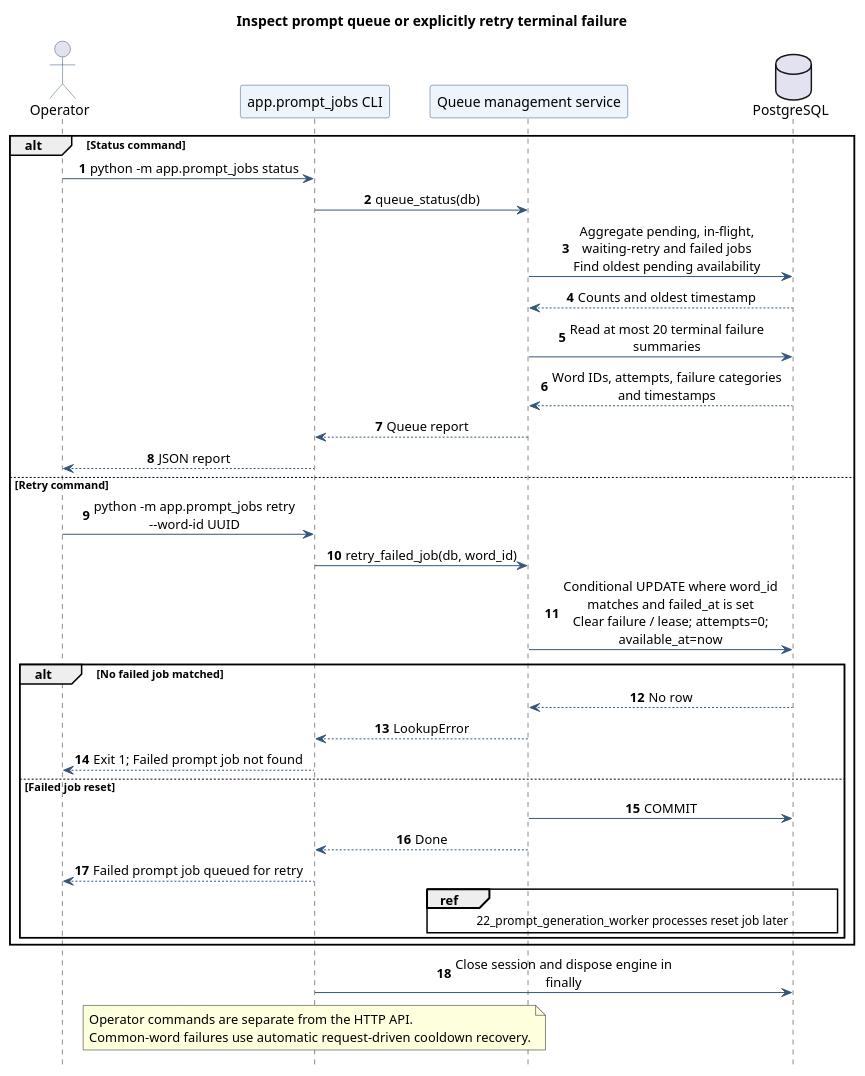
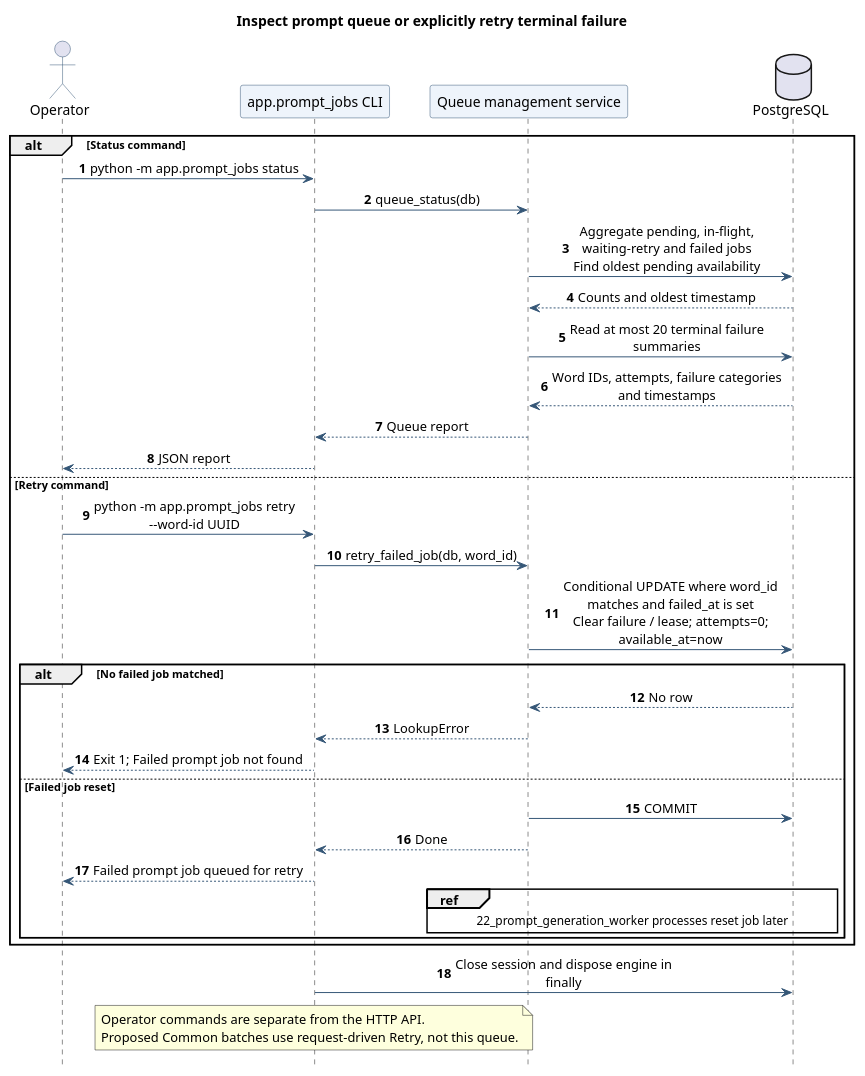
The diagram in docs/diagrams/sequence_diagrams/29_prompt_queue_management.puml (jerrynguyen0210/english-vocab-app), drawn with PlantUML before and after one commit. The commit also changed 93 other files, not shown here.

Commit message:
Add shared common word practice and bank tooling

```diff
--- a/docs/diagrams/sequence_diagrams/29_prompt_queue_management.puml
+++ b/docs/diagrams/sequence_diagrams/29_prompt_queue_management.puml
@@ -1,48 +1,48 @@
 @startuml
 skinparam shadowing false
 skinparam defaultFontName SansSerif
 skinparam sequenceMessageAlign center
 skinparam maxMessageSize 240
 skinparam ParticipantBackgroundColor #EEF4FB
 skinparam ParticipantBorderColor #355777
 skinparam ActorBorderColor #355777
 skinparam ArrowColor #355777
 hide footbox
 autonumber
 title Inspect prompt queue or explicitly retry terminal failure
 
 ' Sources relative to repository root:
 ' backend/app/prompt_jobs.py
 ' backend/app/services/prompt_jobs/management.py
 
 actor Operator
 participant "app.prompt_jobs CLI" as CLI
 participant "Queue management service" as Service
 database PostgreSQL as DB
 alt Status command
   Operator -> CLI : python -m app.prompt_jobs status
   CLI -> Service : queue_status(db)
   Service -> DB : Aggregate pending, in-flight, waiting-retry and failed jobs\nFind oldest pending availability
   DB --> Service : Counts and oldest timestamp
   Service -> DB : Read at most 20 terminal failure summaries
   DB --> Service : Word IDs, attempts, failure categories and timestamps
   Service --> CLI : Queue report
   CLI --> Operator : JSON report
 else Retry command
   Operator -> CLI : python -m app.prompt_jobs retry --word-id UUID
   CLI -> Service : retry_failed_job(db, word_id)
   Service -> DB : Conditional UPDATE where word_id matches and failed_at is set\nClear failure / lease; attempts=0; available_at=now
   alt No failed job matched
     DB --> Service : No row
     Service --> CLI : LookupError
     CLI --> Operator : Exit 1; Failed prompt job not found
   else Failed job reset
     Service -> DB : COMMIT
     Service --> CLI : Done
     CLI --> Operator : Failed prompt job queued for retry
     ref over Service, DB : 22_prompt_generation_worker processes reset job later
   end
 end
 CLI -> DB : Close session and dispose engine in finally
-note over CLI : Operator commands are separate from the HTTP API.\nCommon-word failures use automatic request-driven cooldown recovery.
+note over CLI : Operator commands are separate from the HTTP API.\nProposed Common batches use request-driven Retry, not this queue.
 @enduml
```
